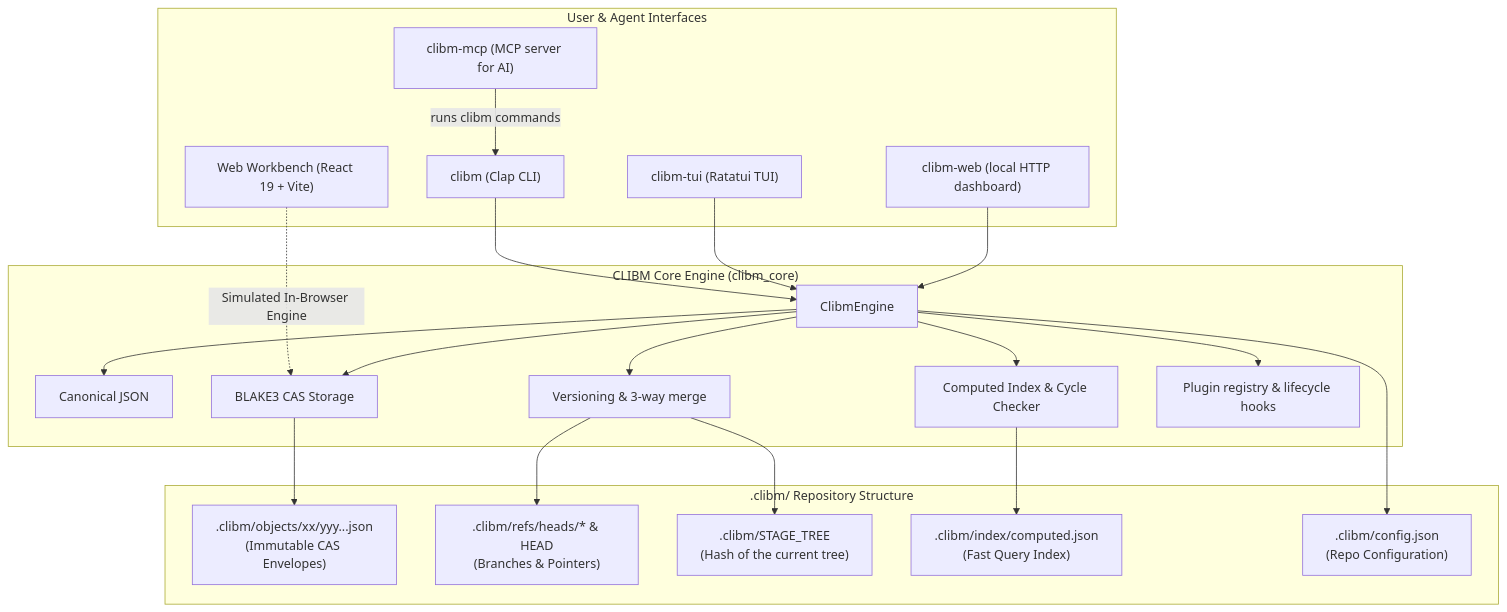
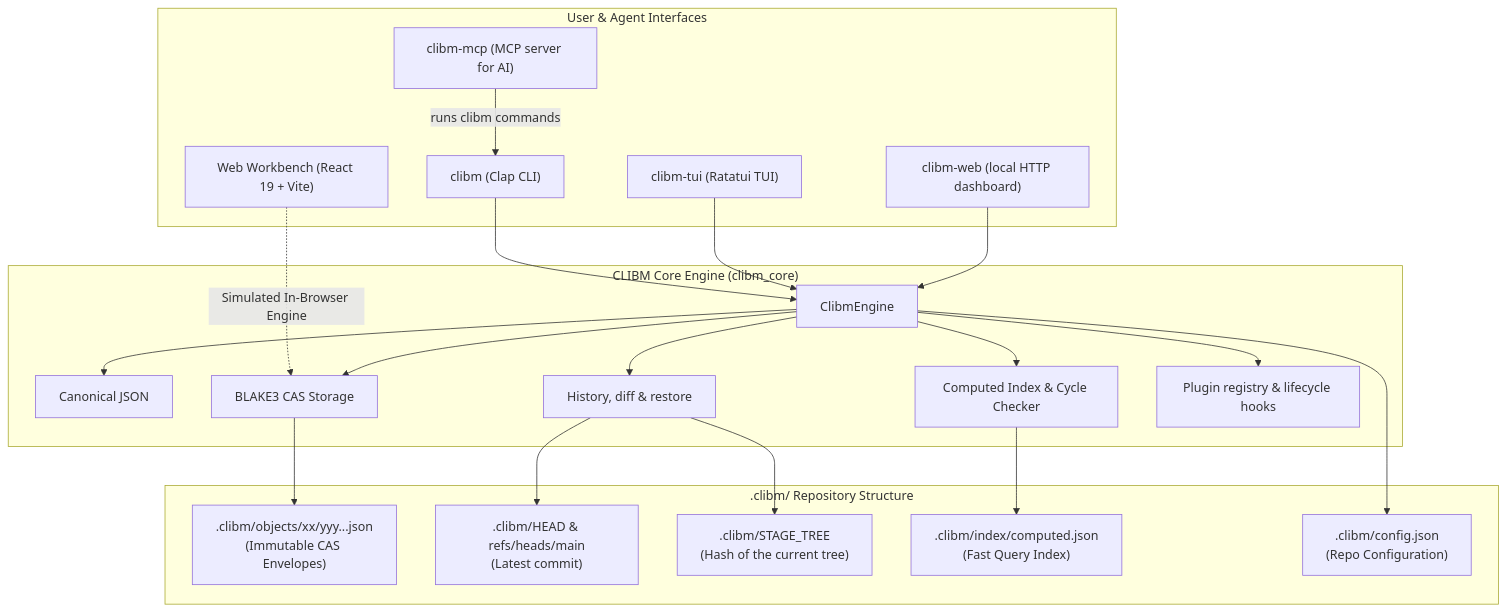
The diagram in README.md (FelipeVandevelde/CLIBM), drawn with Mermaid before and after one commit. The commit also changed other lines of this file and 25 other files, not shown here.

First line of the commit message:
feat(history): replace branches with one linear history and restore

````diff
--- a/README.md
+++ b/README.md
@@ -97,45 +98,45 @@
 ```mermaid
 flowchart TD
     subgraph Interfaces["User & Agent Interfaces"]
         CLI["clibm (Clap CLI)"]
         TUI["clibm-tui (Ratatui TUI)"]
         WEB["clibm-web (local HTTP dashboard)"]
         MCP["clibm-mcp (MCP server for AI)"]
         BROWSER["Web Workbench (React 19 + Vite)"]
     end
 
     subgraph CoreEngine["CLIBM Core Engine (clibm_core)"]
         ENGINE["ClibmEngine"]
         CANONICAL["Canonical JSON"]
         CAS["BLAKE3 CAS Storage"]
-        VERSIONING["Versioning & 3-way merge"]
+        VERSIONING["History, diff & restore"]
         INDEX["Computed Index & Cycle Checker"]
         PLUGIN_MGR["Plugin registry & lifecycle hooks"]
     end
 
     subgraph Storage[".clibm/ Repository Structure"]
         OBJECTS[".clibm/objects/xx/yyy...json\n(Immutable CAS Envelopes)"]
-        REFS[".clibm/refs/heads/* & HEAD\n(Branches & Pointers)"]
+        REFS[".clibm/HEAD & refs/heads/main\n(Latest commit)"]
         TREE[".clibm/STAGE_TREE\n(Hash of the current tree)"]
         COMPUTED[".clibm/index/computed.json\n(Fast Query Index)"]
         CONFIG[".clibm/config.json\n(Repo Configuration)"]
     end
 
     CLI --> ENGINE
     TUI --> ENGINE
     WEB --> ENGINE
     MCP -->|runs clibm commands| CLI
     BROWSER -.->|Simulated In-Browser Engine| CAS
 
     ENGINE --> CANONICAL
     ENGINE --> CAS
     ENGINE --> VERSIONING
     ENGINE --> INDEX
     ENGINE --> PLUGIN_MGR
 
     CAS --> OBJECTS
     VERSIONING --> REFS
     VERSIONING --> TREE
     INDEX --> COMPUTED
     ENGINE --> CONFIG
 ```
````
